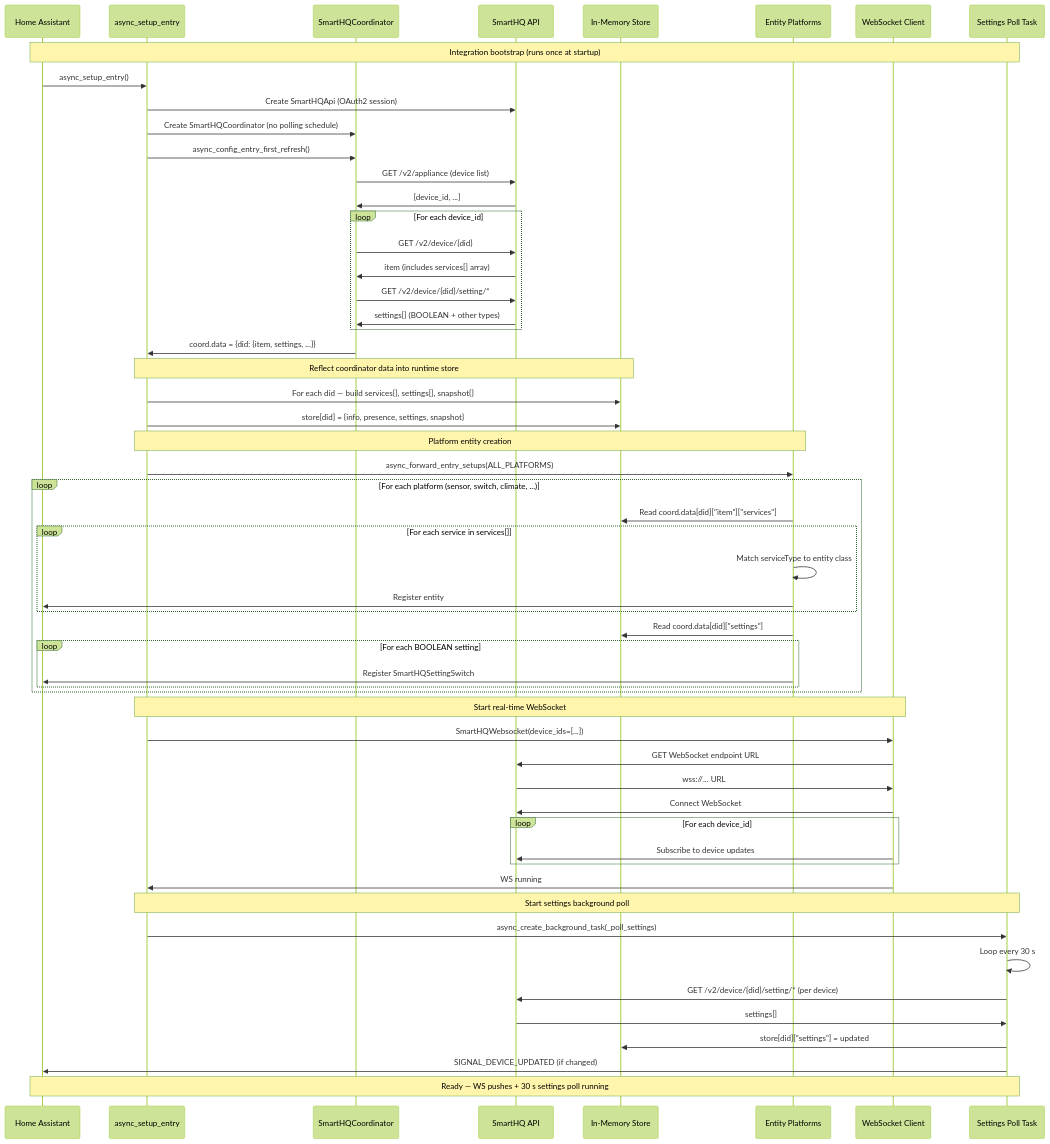
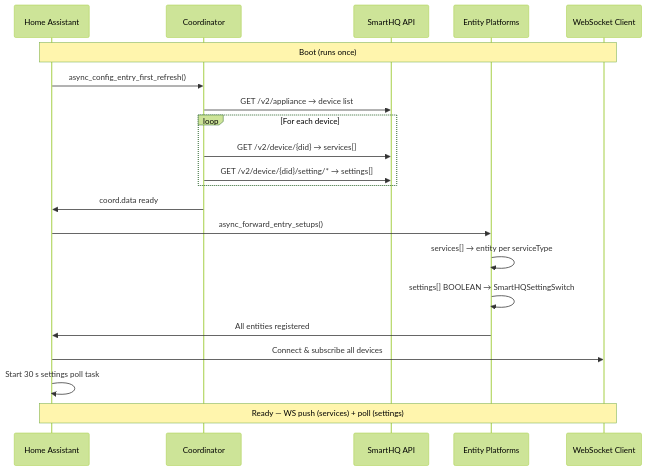
One commit to geappliances/geappliances-smarthq-integration changed the fourth of 8 diagrams in docs/SEQUENCE_DIAGRAMS.md. Above: the diagram before and after it, drawn with Mermaid (forest theme). The commit also changed other lines of this file, not shown here.

Commit message:
docs: simplify Initial Setup & Device Discovery diagram

````diff
--- a/docs/SEQUENCE_DIAGRAMS.md
+++ b/docs/SEQUENCE_DIAGRAMS.md
@@ -132,69 +132,28 @@
 ```mermaid
 sequenceDiagram
     participant HA as Home Assistant
-    participant Init as async_setup_entry
-    participant Coord as SmartHQCoordinator
+    participant Coord as Coordinator
     participant API as SmartHQ API
-    participant Store as In-Memory Store
     participant Platforms as Entity Platforms
     participant WS as WebSocket Client
-    participant Poll as Settings Poll Task
 
-    Note over HA,Poll: Integration bootstrap (runs once at startup)
+    Note over HA,WS: Boot (runs once)
 
-    HA->>Init: async_setup_entry()
-    Init->>API: Create SmartHQApi (OAuth2 session)
-    Init->>Coord: Create SmartHQCoordinator (no polling schedule)
-    Init->>Coord: async_config_entry_first_refresh()
+    HA->>Coord: async_config_entry_first_refresh()
+    Coord->>API: GET /v2/appliance → device list
+    loop For each device
+        Coord->>API: GET /v2/device/{did} → services[]
+        Coord->>API: GET /v2/device/{did}/setting/* → settings[]
+    end
+    Coord->>HA: coord.data ready
 
-    Coord->>API: GET /v2/appliance (device list)
-    API->>Coord: [device_id, ...]
+    HA->>Platforms: async_forward_entry_setups()
+    Platforms->>Platforms: services[] → entity per serviceType
+    Platforms->>Platforms: settings[] BOOLEAN → SmartHQSettingSwitch
+    Platforms->>HA: All entities registered
 
-    loop For each device_id
-        Coord->>API: GET /v2/device/{did}
-        API->>Coord: item (includes services[] array)
-        Coord->>API: GET /v2/device/{did}/setting/*
-        API->>Coord: settings[] (BOOLEAN + other types)
-    end
+    HA->>WS: Connect & subscribe all devices
+    HA->>HA: Start 30 s settings poll task
 
-    Coord->>Init: coord.data = {did: {item, settings, ...}}
-
-    Note over Init,Store: Reflect coordinator data into runtime store
-    Init->>Store: For each did — build services{}, settings[], snapshot{}
-    Init->>Store: store[did] = {info, presence, settings, snapshot}
-
-    Note over Init,Platforms: Platform entity creation
-    Init->>Platforms: async_forward_entry_setups(ALL_PLATFORMS)
-
-    loop For each platform (sensor, switch, climate, ...)
-        Platforms->>Store: Read coord.data[did]["item"]["services"]
-        loop For each service in services[]
-            Platforms->>Platforms: Match serviceType to entity class
-            Platforms->>HA: Register entity
-        end
-        Platforms->>Store: Read coord.data[did]["settings"]
-        loop For each BOOLEAN setting
-            Platforms->>HA: Register SmartHQSettingSwitch
-        end
-    end
-
-    Note over Init,WS: Start real-time WebSocket
-    Init->>WS: SmartHQWebsocket(device_ids=[...])
-    WS->>API: GET WebSocket endpoint URL
-    API->>WS: wss://... URL
-    WS->>API: Connect WebSocket
-    loop For each device_id
-        WS->>API: Subscribe to device updates
-    end
-    WS->>Init: WS running
-
-    Note over Init,Poll: Start settings background poll
-    Init->>Poll: async_create_background_task(_poll_settings)
-    Poll->>Poll: Loop every 30 s
-    Poll->>API: GET /v2/device/{did}/setting/* (per device)
-    API->>Poll: settings[]
-    Poll->>Store: store[did]["settings"] = updated
-    Poll->>HA: SIGNAL_DEVICE_UPDATED (if changed)
-
-    Note over HA,Poll: Ready — WS pushes + 30 s settings poll running
+    Note over HA,WS: Ready — WS push (services) + poll (settings)
 ```
````
